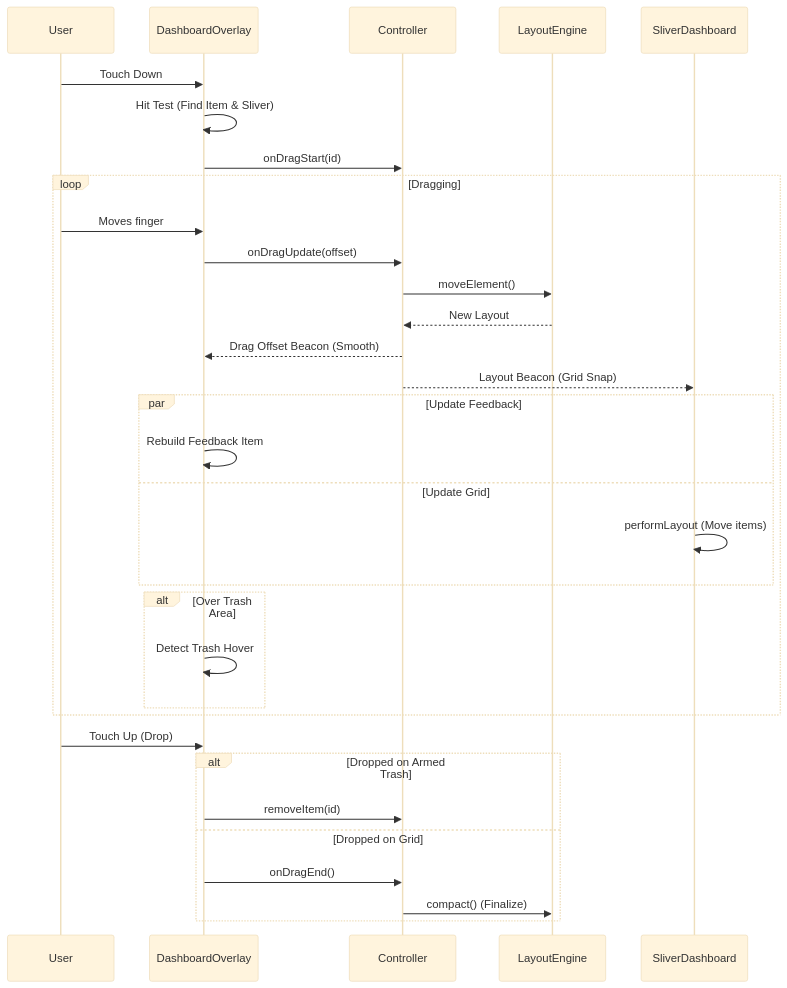
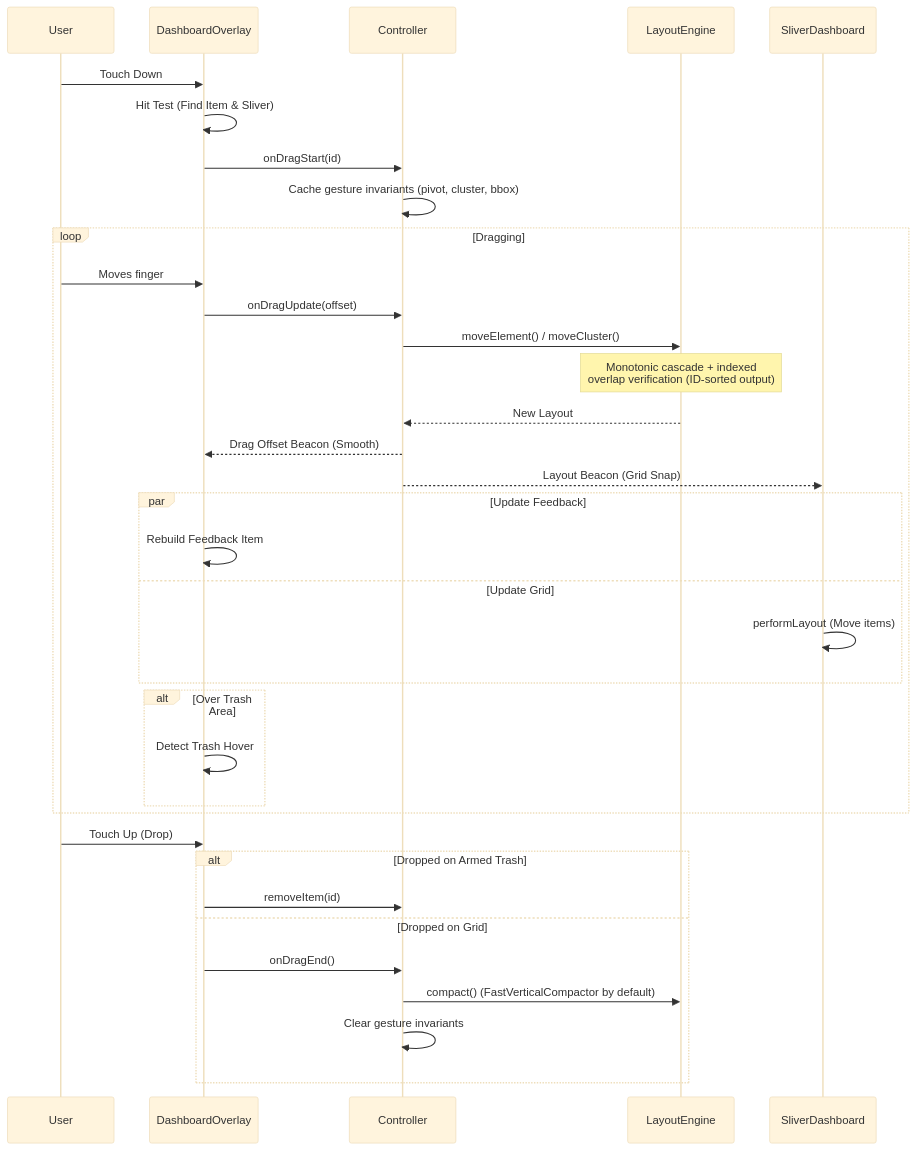
The second of 2 diagrams in architecture.md (scalz/sliver_dashboard), drawn with Mermaid (base theme) before and after one commit. The commit also changed other lines of this file and 1 other file, not shown here.

````diff
--- a/architecture.md
+++ b/architecture.md
@@ -208,40 +228,43 @@
 ```mermaid
 sequenceDiagram
     participant User
     participant Overlay as DashboardOverlay
     participant Controller
     participant Engine as LayoutEngine
     participant Sliver as SliverDashboard
 
     User->>Overlay: Touch Down
     Overlay->>Overlay: Hit Test (Find Item & Sliver)
     Overlay->>Controller: onDragStart(id)
+    Controller->>Controller: Cache gesture invariants (pivot, cluster, bbox)
 
     loop Dragging
         User->>Overlay: Moves finger
         Overlay->>Controller: onDragUpdate(offset)
-        Controller->>Engine: moveElement()
+        Controller->>Engine: moveElement() / moveCluster()
+        Note over Engine: Monotonic cascade + indexed<br/>overlap verification (ID-sorted output)
         Engine-->>Controller: New Layout
         Controller-->>Overlay: Drag Offset Beacon (Smooth)
         Controller-->>Sliver: Layout Beacon (Grid Snap)
-        
+
         par Update Feedback
             Overlay->>Overlay: Rebuild Feedback Item
         and Update Grid
             Sliver->>Sliver: performLayout (Move items)
         end
 
         alt Over Trash Area
             Overlay->>Overlay: Detect Trash Hover
         end
     end
 
     User->>Overlay: Touch Up (Drop)
 
     alt Dropped on Armed Trash
         Overlay->>Controller: removeItem(id)
     else Dropped on Grid
         Overlay->>Controller: onDragEnd()
-        Controller->>Engine: compact() (Finalize)
+        Controller->>Engine: compact() (FastVerticalCompactor by default)
+        Controller->>Controller: Clear gesture invariants
     end
 ```
````
